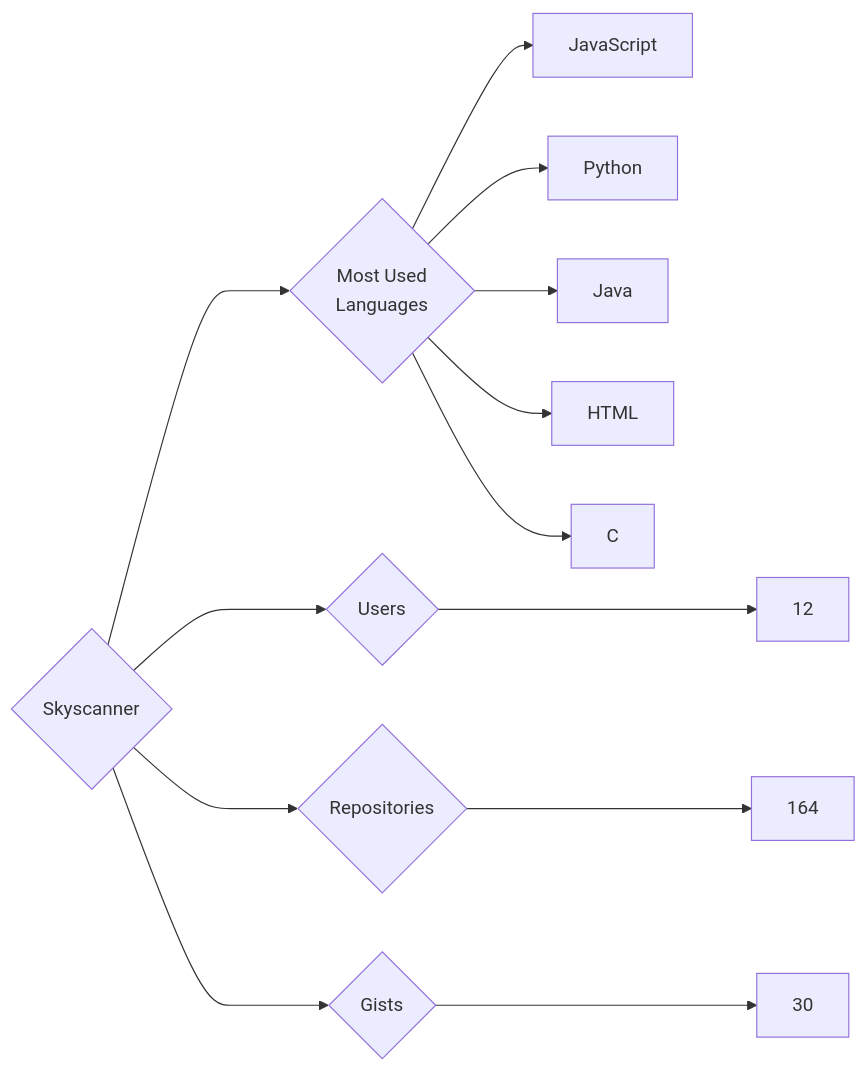
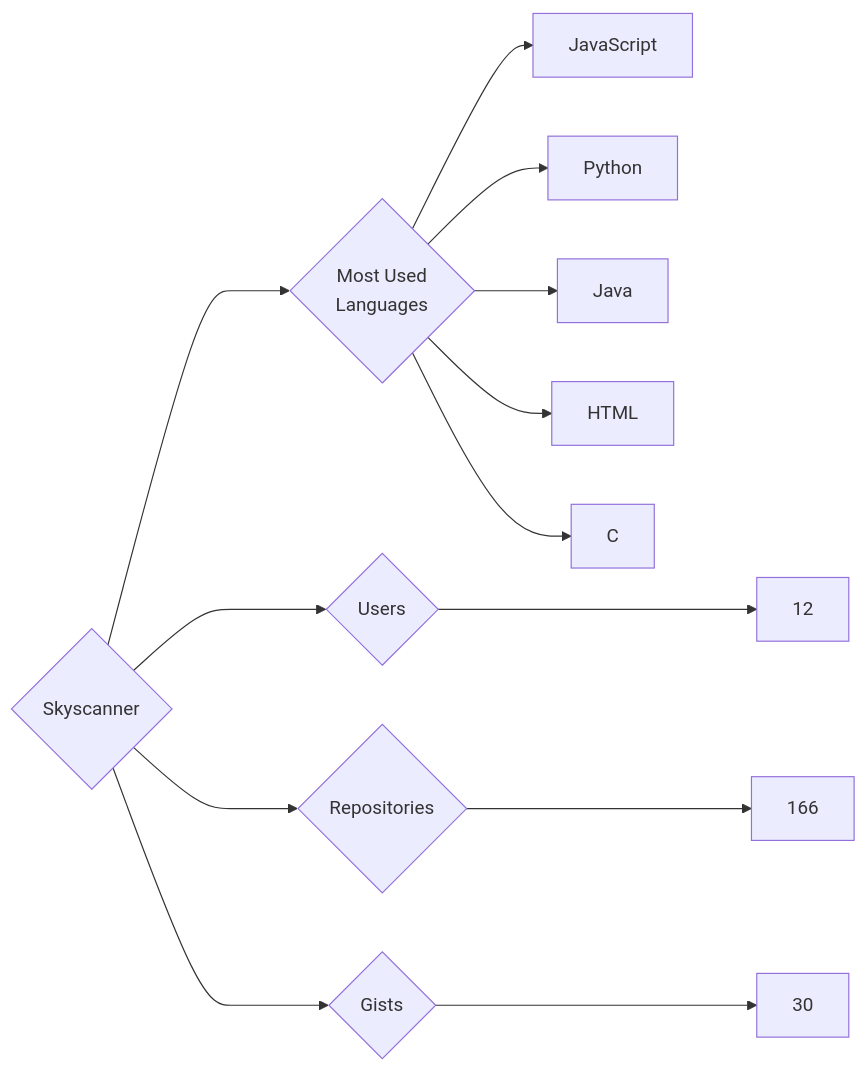
Before and after one commit to trickest/insiders: the diagram in targets/Skyscanner/README.md, drawn with Mermaid. The commit also changed 796 other files, not shown here.

````diff
--- a/targets/Skyscanner/README.md
+++ b/targets/Skyscanner/README.md
@@ -3,13 +3,13 @@
 ```mermaid
 graph LR
 COMPANY_NAME{Skyscanner}
 COMPANY_NAME ---> U{Users} ---> UN[12]
-COMPANY_NAME ---> R{Repositories} ---> RN[164]
+COMPANY_NAME ---> R{Repositories} ---> RN[166]
 COMPANY_NAME ---> G{Gists} ---> GN[30]
 COMPANY_NAME ---> ML{Most Used<br>Languages}
 ML --> JavaScript[JavaScript]
 ML --> Python[Python]
 ML --> Java[Java]
 ML --> HTML[HTML]
 ML --> C[C]
 ```
````
